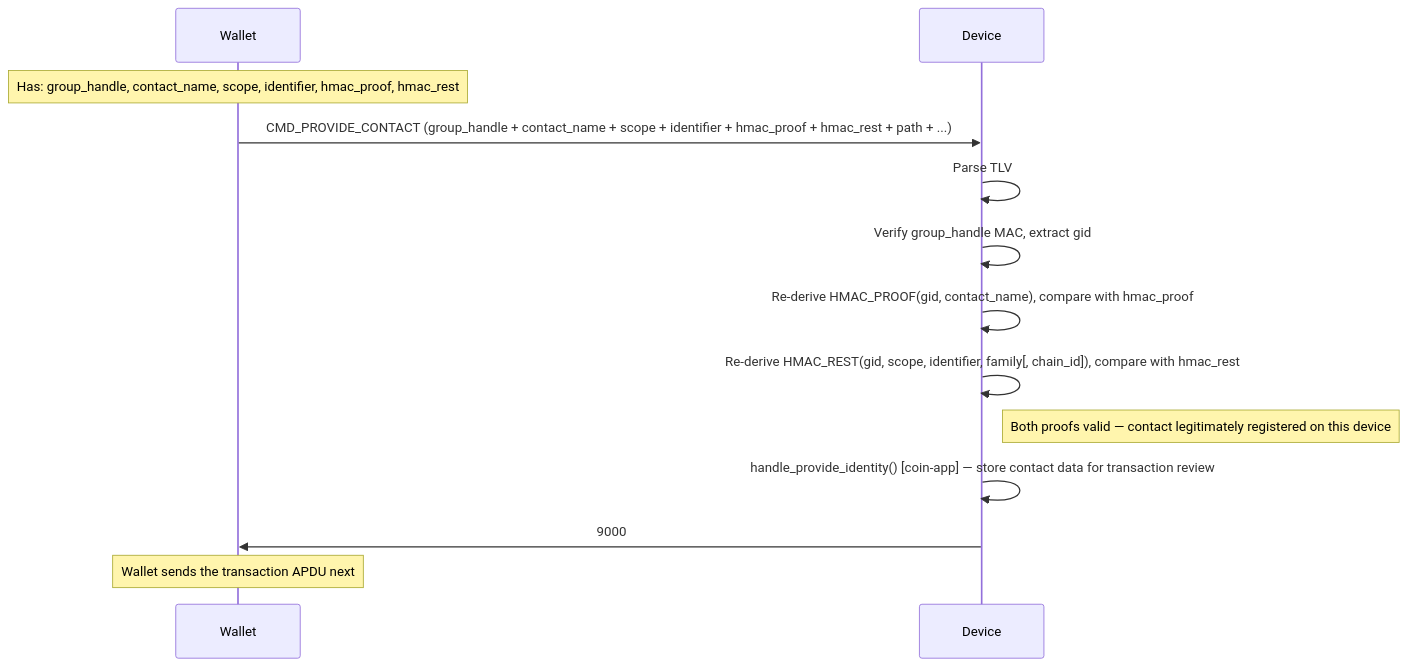
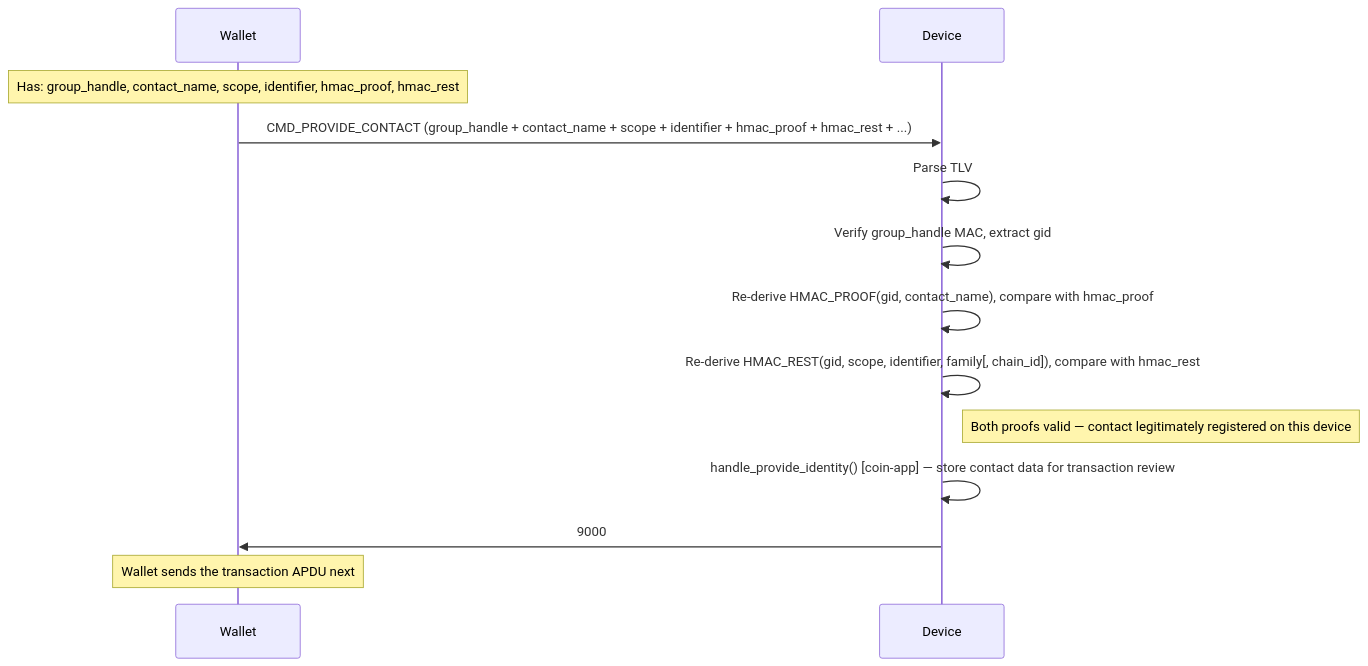
The ninth of 10 diagrams in app_features/address_book/doc/address_book_spec.md (LedgerHQ/ledger-secure-sdk), drawn with Mermaid before and after one commit. The commit also changed other lines of this file and 8 other files, not shown here.

````diff
--- a/app_features/address_book/doc/address_book_spec.md
+++ b/app_features/address_book/doc/address_book_spec.md
@@ -659,14 +654,14 @@
 ```mermaid
 sequenceDiagram
 
     Note over Wallet: Has: group_handle, contact_name, scope, identifier, hmac_proof, hmac_rest
-    Wallet->>Device: CMD_PROVIDE_CONTACT (group_handle + contact_name + scope + identifier + hmac_proof + hmac_rest + path + ...)
+    Wallet->>Device: CMD_PROVIDE_CONTACT (group_handle + contact_name + scope + identifier + hmac_proof + hmac_rest + ...)
     Device->>Device: Parse TLV
     Device->>Device: Verify group_handle MAC, extract gid
     Device->>Device: Re-derive HMAC_PROOF(gid, contact_name), compare with hmac_proof
     Device->>Device: Re-derive HMAC_REST(gid, scope, identifier, family[, chain_id]), compare with hmac_rest
     Note right of Device: Both proofs valid — contact legitimately registered on this device
     Device->>Device: handle_provide_identity() [coin-app] — store contact data for transaction review
     Device->>Wallet: 9000
     Note over Wallet: Wallet sends the transaction APDU next
 ```
````
